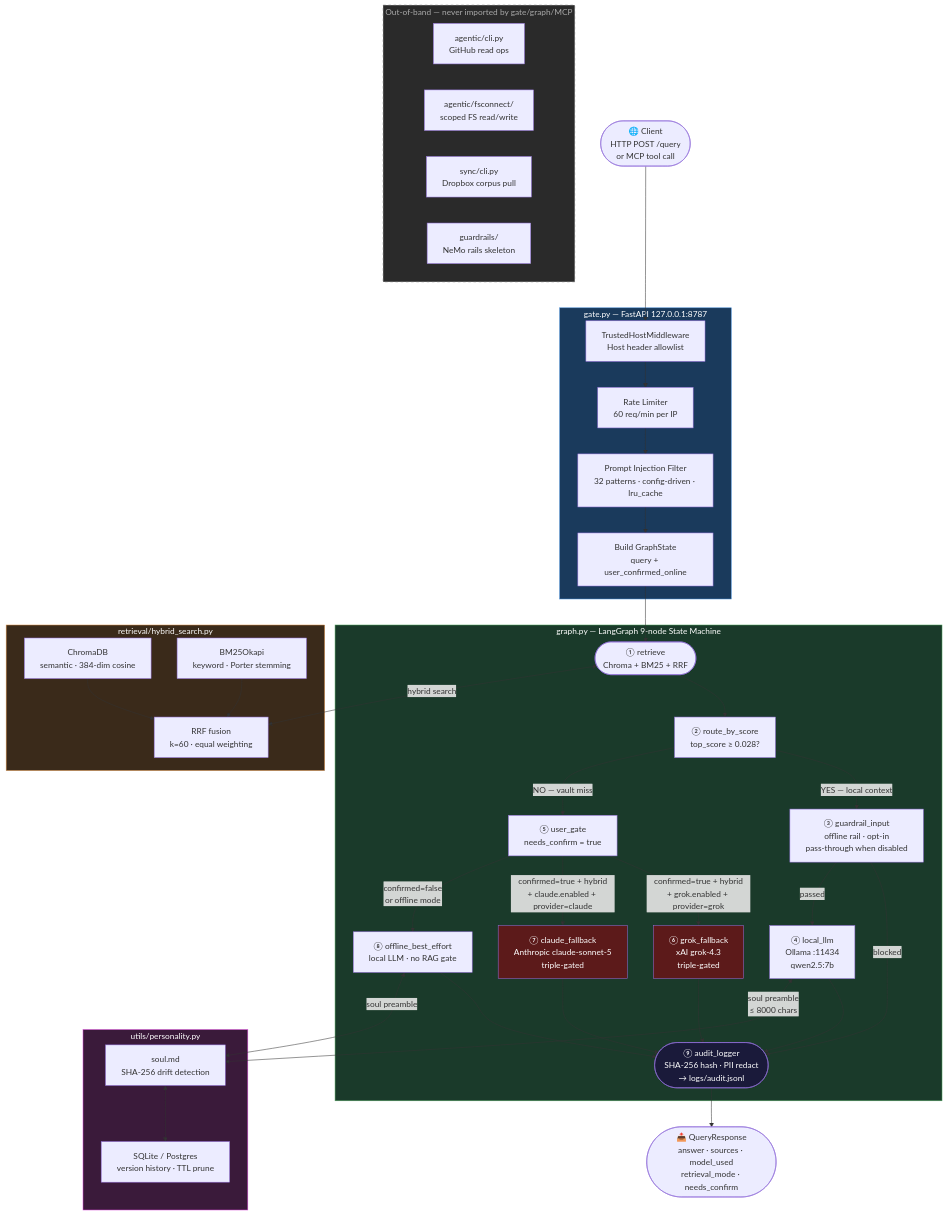
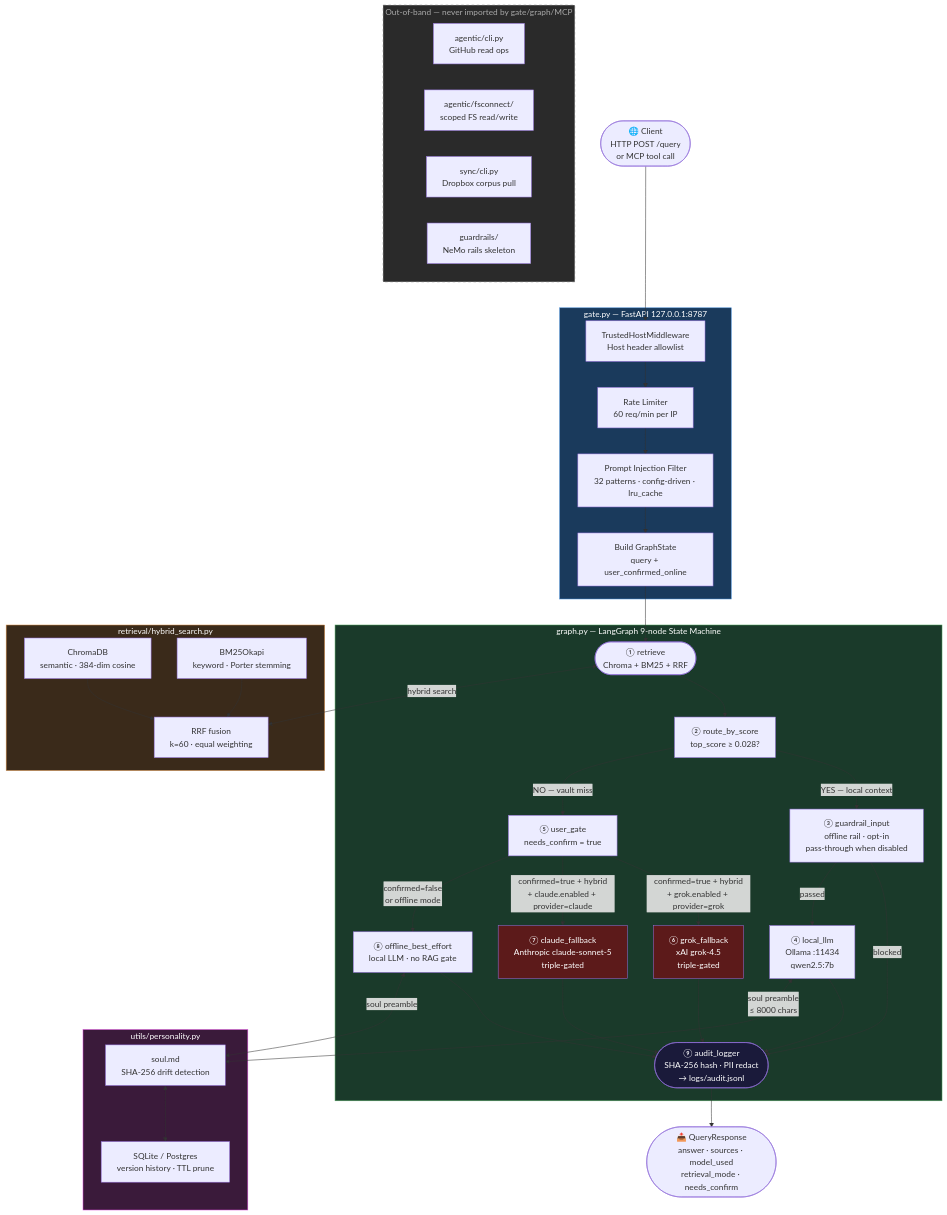
Before and after one commit to cgfixit/CyClaw: the diagram in README.md, drawn with Mermaid.

Commit message:
docs(readme): grok-4.3 -> grok-4.5 in the topology diagram
Follow-up to the config bump on this branch: the mermaid grok_fallback node
named the old model id.

````diff
--- a/README.md
+++ b/README.md
@@ -88,68 +88,68 @@
 ```mermaid
 flowchart TD
     A(["🌐 Client\nHTTP POST /query\nor MCP tool call"])
     A --> B
 
     subgraph GATEWAY ["gate.py — FastAPI 127.0.0.1:8787"]
         B["TrustedHostMiddleware\nHost header allowlist"]
         B --> C["Rate Limiter\n60 req/min per IP"]
         C --> D["Prompt Injection Filter\n32 patterns · config-driven · lru_cache"]
         D --> E["Build GraphState\nquery + user_confirmed_online"]
     end
 
     E --> F
 
     subgraph GRAPH ["graph.py — LangGraph 9-node State Machine"]
         F(["① retrieve\nChroma + BM25 + RRF"])
         F --> G["② route_by_score\ntop_score ≥ 0.028?"]
         G -->|"YES — local context"| X["③ guardrail_input\noffline rail · opt-in\npass-through when disabled"]
         X -->|"blocked"| L
         X -->|"passed"| H["④ local_llm\nOllama :11434\nqwen2.5:7b"]
         G -->|"NO — vault miss"| I["⑤ user_gate\nneeds_confirm = true"]
-        I -->|"confirmed=true + hybrid\n+ grok.enabled + provider=grok"| J["⑥ grok_fallback\nxAI grok-4.3\ntriple-gated"]
+        I -->|"confirmed=true + hybrid\n+ grok.enabled + provider=grok"| J["⑥ grok_fallback\nxAI grok-4.5\ntriple-gated"]
         I -->|"confirmed=true + hybrid\n+ claude.enabled + provider=claude"| W["⑦ claude_fallback\nAnthropic claude-sonnet-5\ntriple-gated"]
         I -->|"confirmed=false\nor offline mode"| K["⑧ offline_best_effort\nlocal LLM · no RAG gate"]
         H --> L
         J --> L
         W --> L
         K --> L
         L(["⑨ audit_logger\nSHA-256 hash · PII redact\n→ logs/audit.jsonl"])
     end
 
     L --> M(["📤 QueryResponse\nanswer · sources · model_used\nretrieval_mode · needs_confirm"])
 
     subgraph RETRIEVAL ["retrieval/hybrid_search.py"]
         N["ChromaDB\nsemantic · 384-dim cosine"]
         O["BM25Okapi\nkeyword · Porter stemming"]
         P["RRF fusion\nk=60 · equal weighting"]
         N --> P
         O --> P
     end
 
     F <-->|"hybrid search"| P
 
     subgraph SOUL ["utils/personality.py"]
         Q["soul.md\nSHA-256 drift detection"]
         R["SQLite / Postgres\nversion history · TTL prune"]
         Q <--> R
     end
 
     H <-->|"soul preamble\n≤ 8000 chars"| Q
     K <-->|"soul preamble"| Q
 
     subgraph OOB ["Out-of-band — never imported by gate/graph/MCP"]
         S["agentic/cli.py\nGitHub read ops"]
         T["agentic/fsconnect/\nscoped FS read/write"]
         U["sync/cli.py\nDropbox corpus pull"]
         V["guardrails/\nNeMo rails skeleton"]
     end
 
     style GATEWAY fill:#1a3a5c,color:#ffffff,stroke:#4a90d9
     style GRAPH fill:#1a3a2a,color:#ffffff,stroke:#4a9d5a
     style RETRIEVAL fill:#3a2a1a,color:#ffffff,stroke:#d9904a
     style SOUL fill:#3a1a3a,color:#ffffff,stroke:#d94ad9
     style OOB fill:#2a2a2a,color:#aaaaaa,stroke:#666666,stroke-dasharray:5 5
     style J fill:#5c1a1a,color:#ffffff
     style W fill:#5c1a1a,color:#ffffff
     style L fill:#1a1a3a,color:#ffffff
 ```
````
